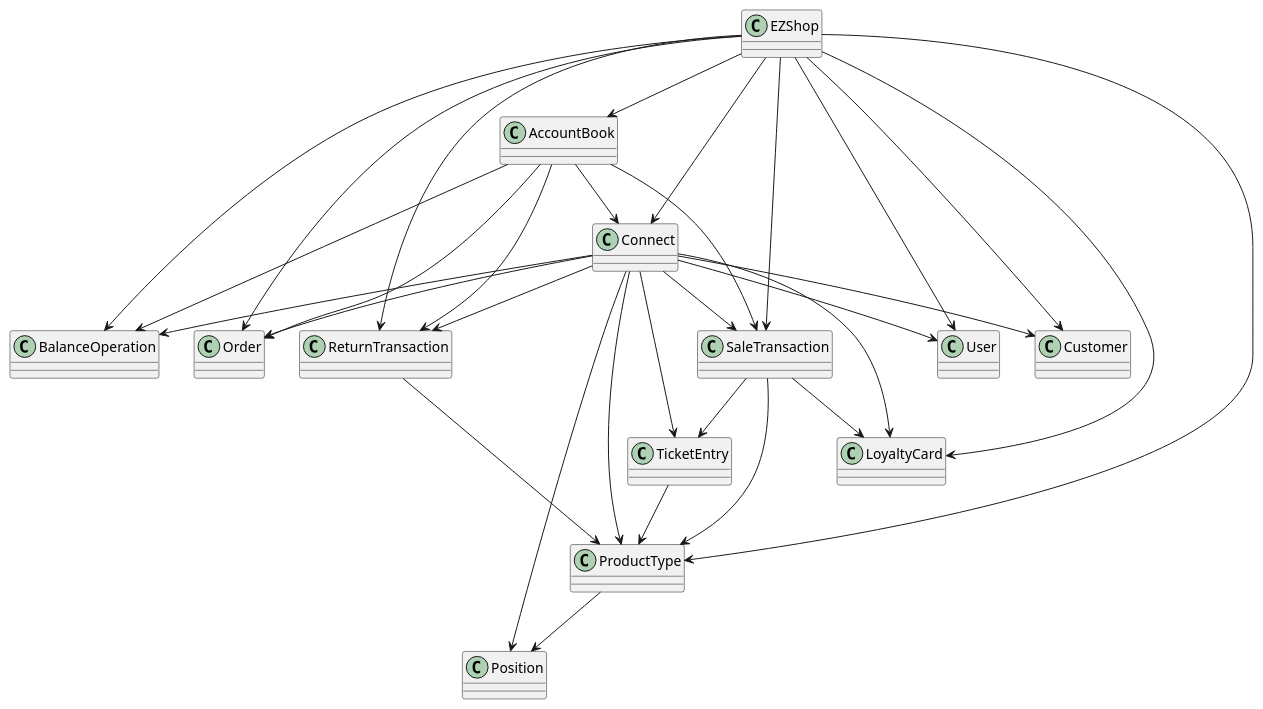
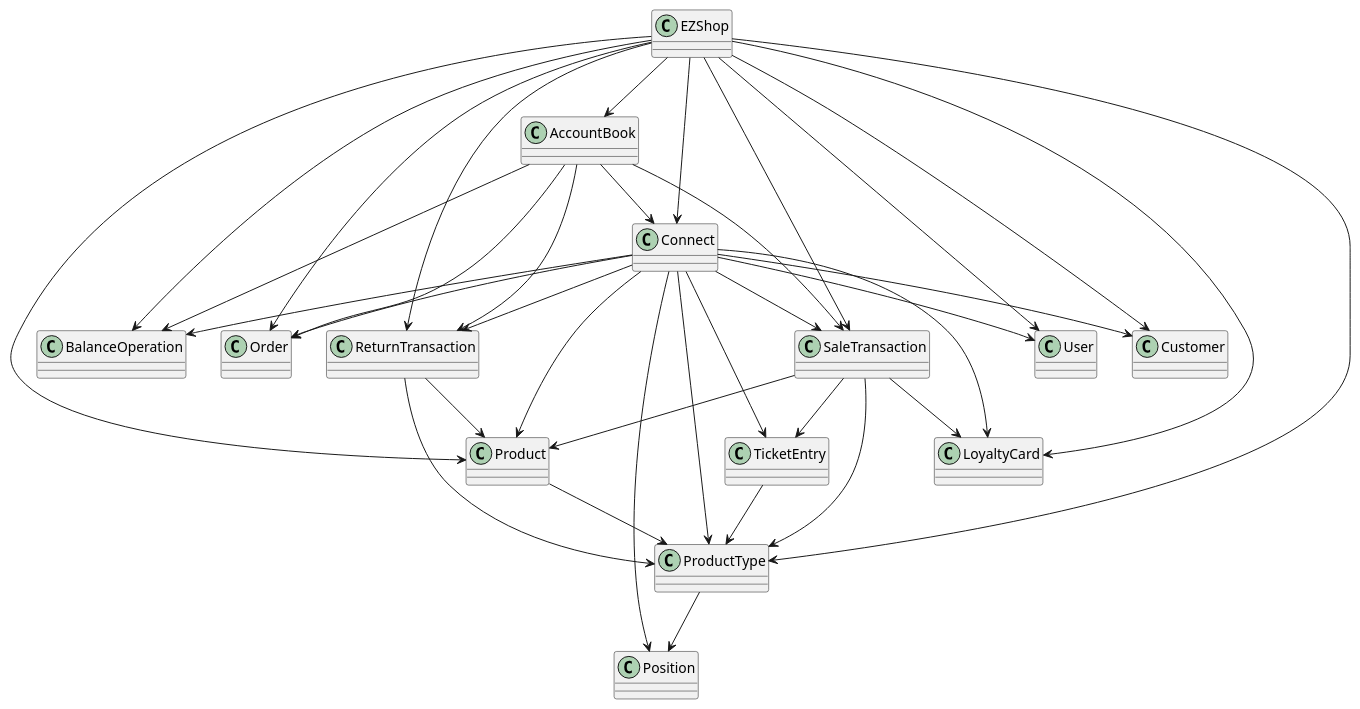
The diagram in Deliverables/IntegrationAPITestReport.md (BMike10/EzShop), drawn with PlantUML before and after one commit. The commit also changed other lines of this file and 2 other files, not shown here.

Commit message:
doc: updated documents

````diff
--- a/Deliverables/IntegrationAPITestReport.md
+++ b/Deliverables/IntegrationAPITestReport.md
@@ -27,56 +27,64 @@
 ```plantuml
 @startuml
 class EZShop{}
 class User{}
 class SaleTransaction {}
 class LoyaltyCard {}
 class Customer {}
 class Connect
 class AccountBook {}
 class BalanceOperation {}
 class ProductType{}
 class Position {}
 class Order {}
 class ReturnTransaction {}
 class TicketEntry {}
+class Product{}
+
 EZShop --> User
 EZShop --> SaleTransaction
 EZShop --> ReturnTransaction
 EZShop --> ProductType
 EZShop --> AccountBook 
 EZShop --> LoyaltyCard 
 EZShop --> Customer 
 EZShop --> Order
 EZShop --> BalanceOperation
+EZShop --> Product
 
 ProductType --> Position
 
 SaleTransaction --> TicketEntry
 TicketEntry --> ProductType 
 
 AccountBook --> SaleTransaction
 ReturnTransaction <--AccountBook 
 AccountBook -> BalanceOperation
 AccountBook --> Order
 
 ReturnTransaction --> ProductType
+ReturnTransaction --> Product
 
 SaleTransaction --> LoyaltyCard
 
 SaleTransaction --> ProductType
+SaleTransaction --> Product
+
+Product --> ProductType
 
 AccountBook --> Connect
 EZShop --> Connect
 
 Connect --> User
 Connect --> SaleTransaction
 Connect --> ReturnTransaction
 Connect --> ProductType
 Connect --> LoyaltyCard 
 Connect --> Customer 
 Connect --> Order
 Connect --> BalanceOperation
 Connect --> TicketEntry
 Connect --> Position
+Connect --> Product
 @enduml
 ```
````
